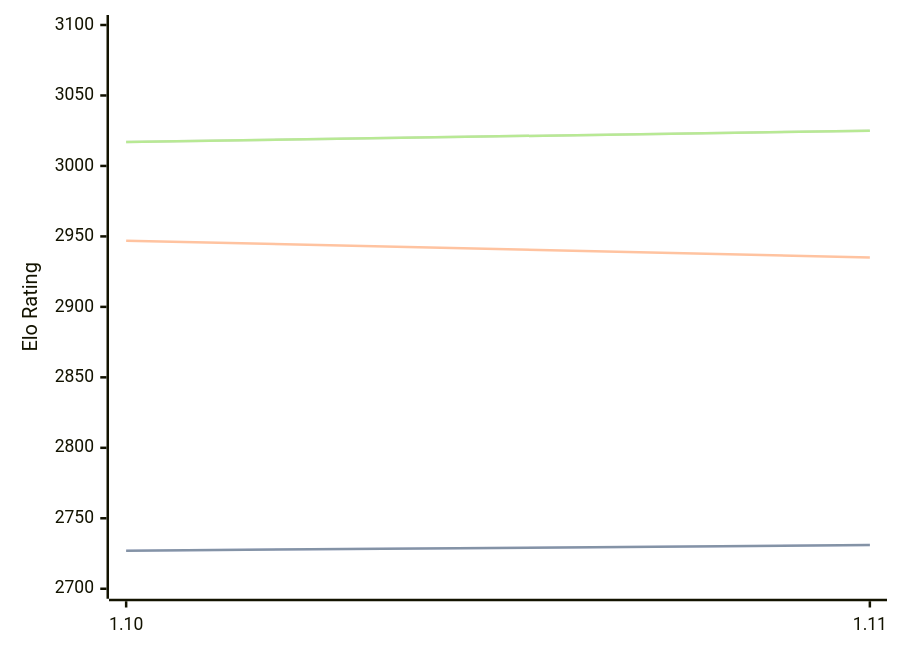
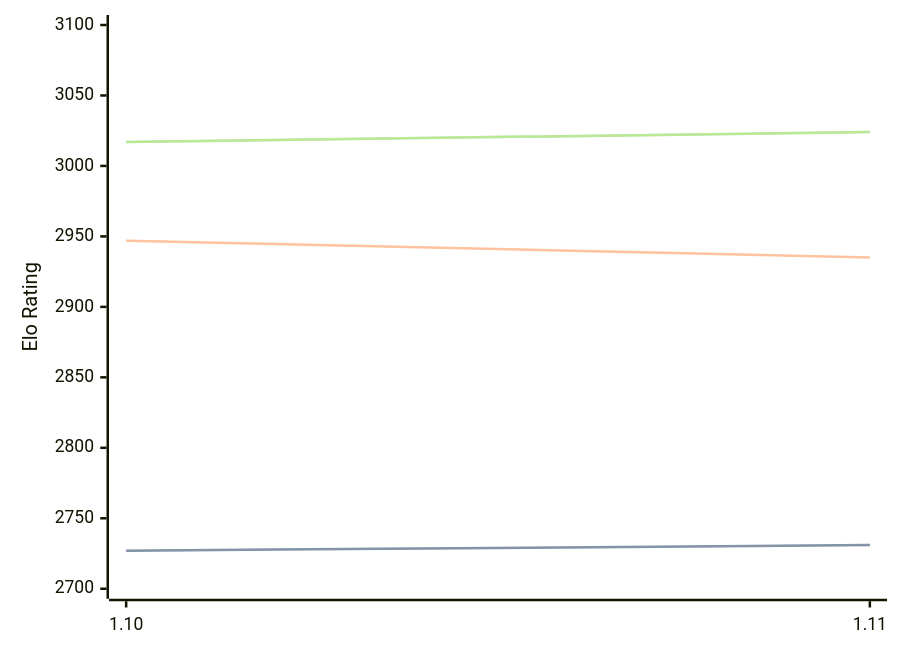
One commit to computer-chess-index/cci changed the diagram in engines/Roc.md. Above: the diagram before and after it, drawn with Mermaid. The commit also changed other lines of this file, not shown here.

Commit message:
Update CCI Ratings (ELO VLTC) - 2026-08-06

````diff
--- a/engines/Roc.md
+++ b/engines/Roc.md
@@ -65,11 +65,11 @@
 ```mermaid
 %%{init: {"theme":"base","themeVariables":{"seriesColors:['#a3a3a3','#222221','#faa371']}}}%%
 xychart-beta
   x-axis ["1.10", "1.11"]
   y-axis "Elo Rating" 2700 --> 3100
   line "STC (8.0+0.08s)" [2727, 2731]
   line "STC (8.0+0.08s)" [2727, 2731]
   line "LTC (60.0+0.60s)" [2947, 2935]
-  line "VLTC (2m24s+1.12s)" [3017, 3025]
-  line "VLTC (2m24s+1.12s)" [3017, 3025]
+  line "VLTC (2m24s+1.12s)" [3017, 3024]
+  line "VLTC (2m24s+1.12s)" [3017, 3024]
 ```
````
